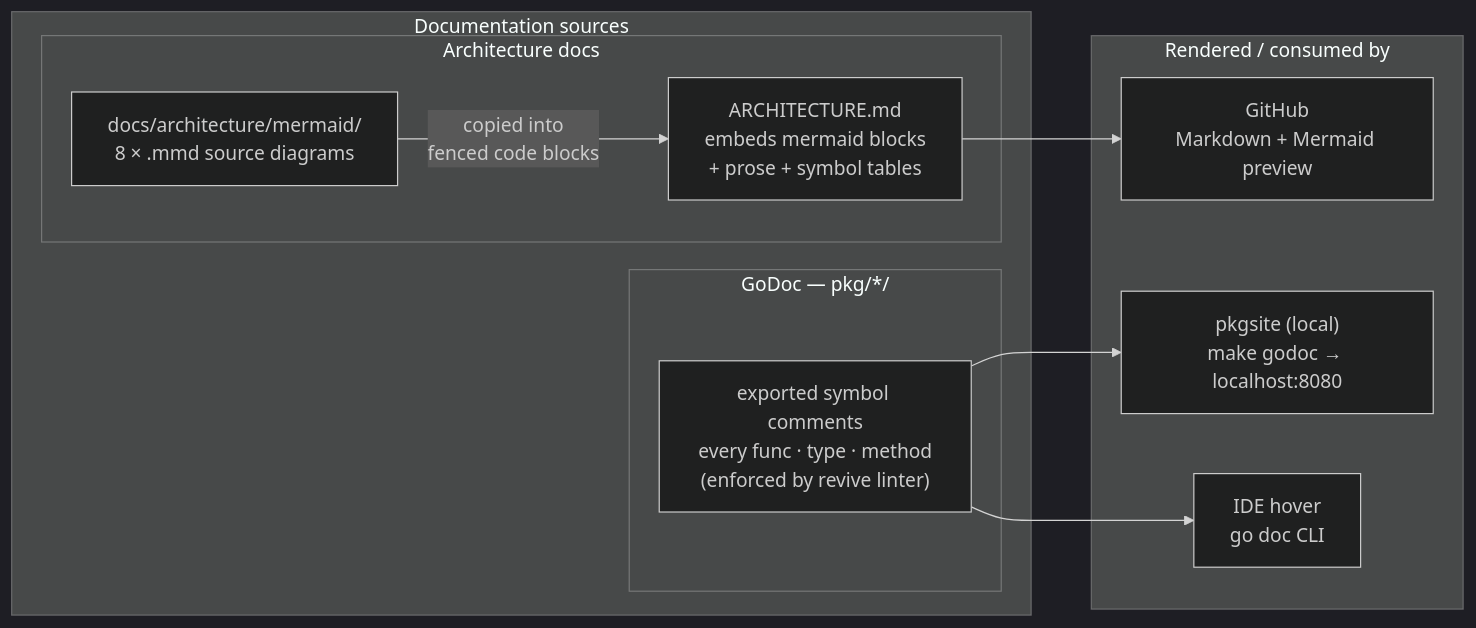
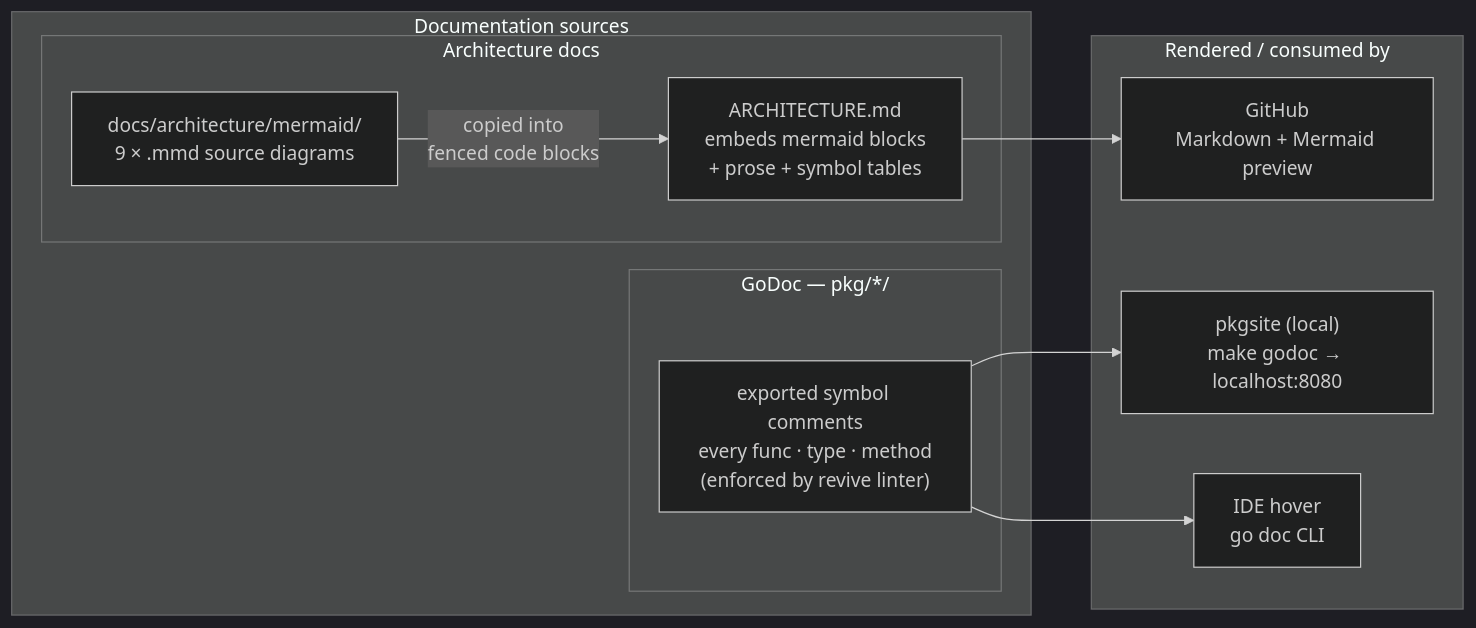
The ninth of 9 diagrams in ARCHITECTURE.md (BCBP-SOLUTIONS-FZC-LLC/platform-events), drawn with Mermaid (dark theme) before and after one commit. The commit also changed other lines of this file and 4 other files, not shown here.

Commit message:
Docs: update ARCHITECTURE.md, CLAUDE.md, README.md and diagrams for DLQ management API

````diff
--- a/ARCHITECTURE.md
+++ b/ARCHITECTURE.md
@@ -822,24 +860,24 @@
 ```mermaid
 graph LR
     subgraph sources["Documentation sources"]
         subgraph godoc_src["GoDoc  —  pkg/*/"]
             sym["exported symbol comments\nevery func · type · method\n(enforced by revive linter)"]
         end
 
         subgraph arch_src["Architecture docs"]
-            mmd_files["docs/architecture/mermaid/\n8 × .mmd source diagrams"]
+            mmd_files["docs/architecture/mermaid/\n9 × .mmd source diagrams"]
             arch_md["ARCHITECTURE.md\nembeds mermaid blocks\n+ prose + symbol tables"]
         end
     end
 
     subgraph rendered["Rendered / consumed by"]
         pkgsite["pkgsite (local)\nmake godoc → localhost:8080"]
         github_md["GitHub\nMarkdown + Mermaid preview"]
         ide["IDE hover\ngo doc CLI"]
     end
 
     sym     --> pkgsite
     sym     --> ide
     mmd_files -->|"copied into\nfenced code blocks"| arch_md
     arch_md --> github_md
 ```
````
